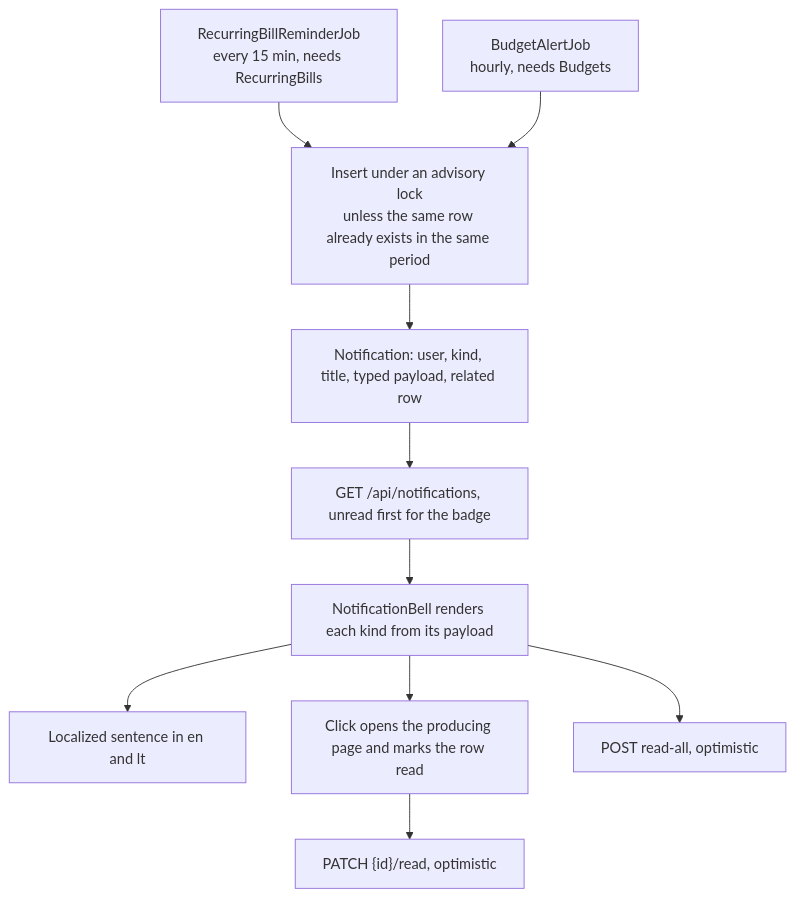
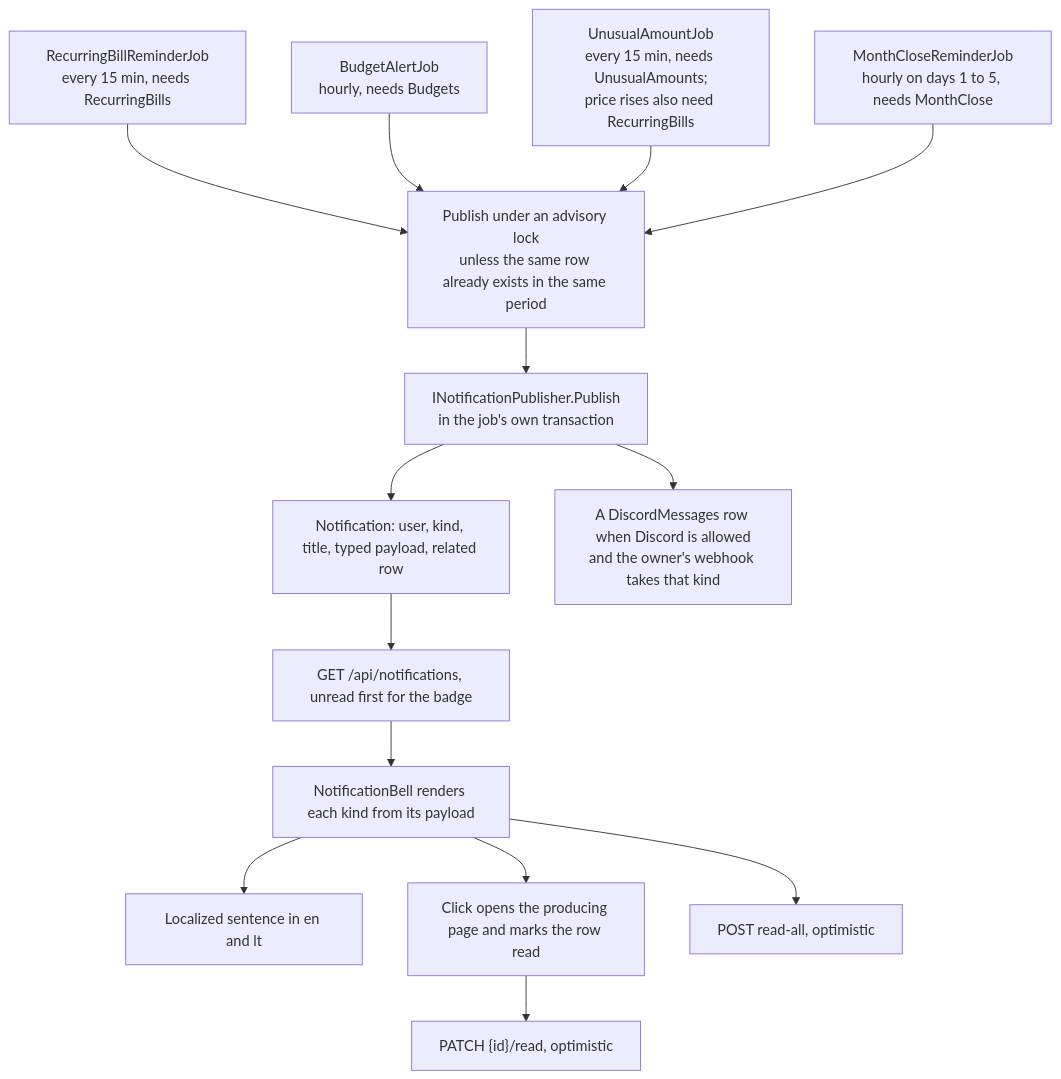
Before and after one commit to Justxs/Jx-Finance: the diagram in docs/features/notifications.md, drawn with Mermaid. The commit also changed other lines of this file and 111 other files, not shown here.

First line of the commit message:
feat(month-close): review and close a month

````diff
--- a/docs/features/notifications.md
+++ b/docs/features/notifications.md
@@ -7,12 +7,16 @@
 ```mermaid
 flowchart TD
     Bills["RecurringBillReminderJob<br/>every 15 min, needs RecurringBills"] --> Dedupe
     Budgets["BudgetAlertJob<br/>hourly, needs Budgets"] --> Dedupe
-    Dedupe["Insert under an advisory lock<br/>unless the same row already exists in the same period"] --> Row["Notification: user, kind, title, typed payload, related row"]
+    Unusual["UnusualAmountJob<br/>every 15 min, needs UnusualAmounts;<br/>price rises also need RecurringBills"] --> Dedupe
+    Close["MonthCloseReminderJob<br/>hourly on days 1 to 5, needs MonthClose"] --> Dedupe
+    Dedupe["Publish under an advisory lock<br/>unless the same row already exists in the same period"] --> Pub["INotificationPublisher.Publish<br/>in the job's own transaction"]
+    Pub --> Row["Notification: user, kind, title, typed payload, related row"]
+    Pub --> Discord["A DiscordMessages row when Discord is allowed<br/>and the owner's webhook takes that kind"]
     Row --> List["GET /api/notifications, unread first for the badge"]
     List --> Bell["NotificationBell renders each kind from its payload"]
     Bell --> Text["Localized sentence in en and lt"]
     Bell --> Link["Click opens the producing page and marks the row read"]
     Link --> Read["PATCH {id}/read, optimistic"]
     Bell --> All["POST read-all, optimistic"]
 ```
````
